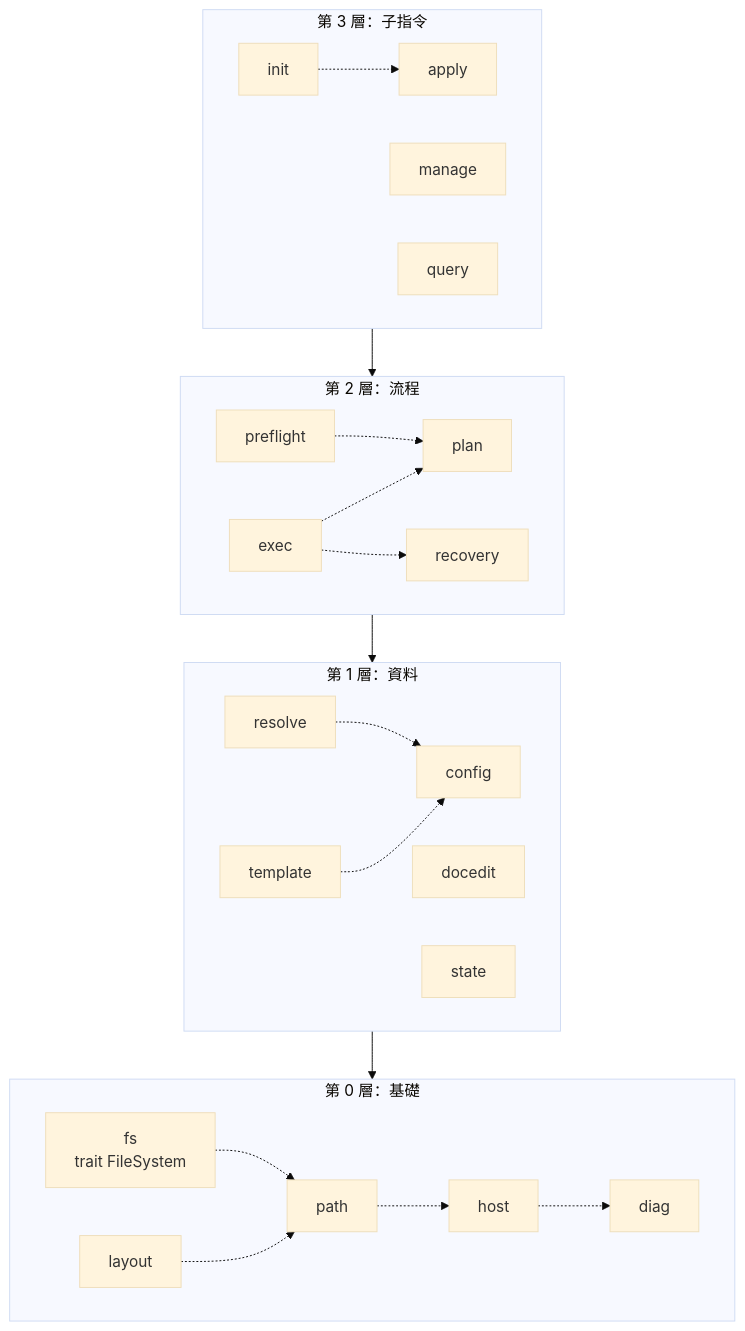
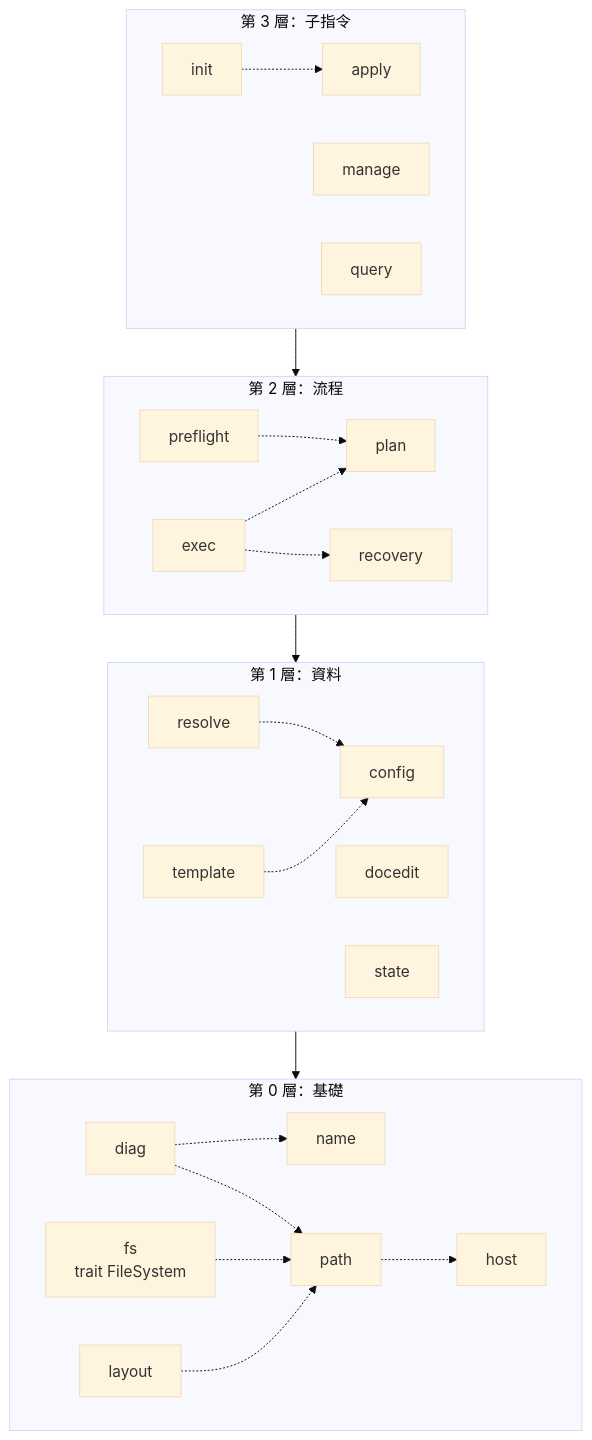
One commit to accidental-two-timer-sam-woof/rosamta-waterfall changed the second of 10 diagrams in docs/05-detailed-design/uml.md. Above: the diagram before and after it, drawn with Mermaid (base theme). The commit also changed other lines of this file and 1 other file, not shown here.

````diff
--- a/docs/05-detailed-design/uml.md
+++ b/docs/05-detailed-design/uml.md
@@ -35,44 +35,46 @@
 ```mermaid
 flowchart TB
     subgraph L3["第 3 層：子指令"]
         apply["apply"]
         manage["manage"]
         query["query"]
         init["init"]
     end
     subgraph L2["第 2 層：流程"]
         plan["plan"]
         preflight["preflight"]
         recovery["recovery"]
         exec["exec"]
     end
     subgraph L1["第 1 層：資料"]
         config["config"]
         docedit["docedit"]
         resolve["resolve"]
         template["template"]
         state["state"]
     end
     subgraph L0["第 0 層：基礎"]
         diag["diag"]
+        name["name"]
         host["host"]
         path["path"]
         fs["fs<br/>trait FileSystem"]
         layout["layout"]
     end
 
     L3 --> L2
     L2 --> L1
     L1 --> L0
 
     init -.-> apply
     preflight -.-> plan
     exec -.-> plan
     exec -.-> recovery
     resolve -.-> config
     template -.-> config
-    host -.-> diag
+    diag -.-> name
+    diag -.-> path
     path -.-> host
     fs -.-> path
     layout -.-> path
 ```
````
